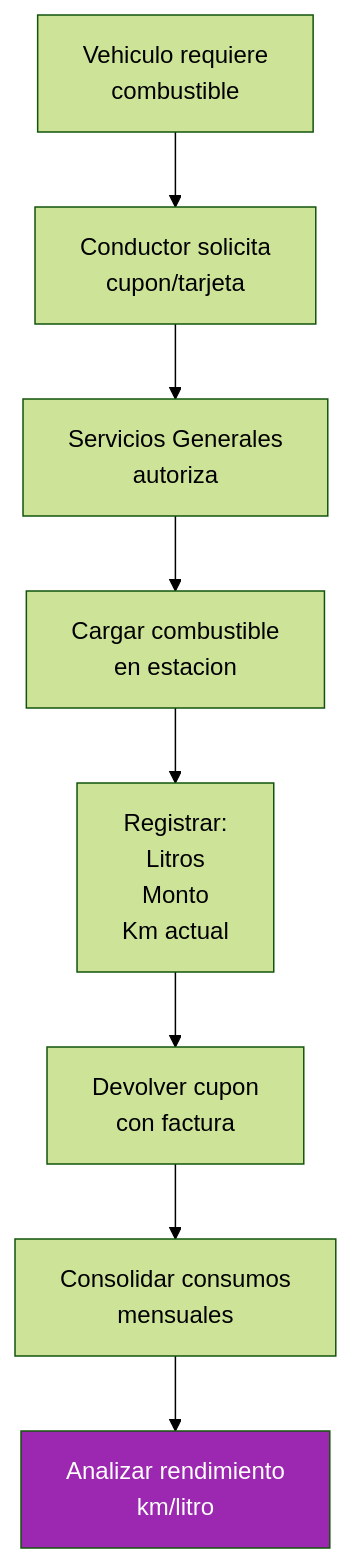
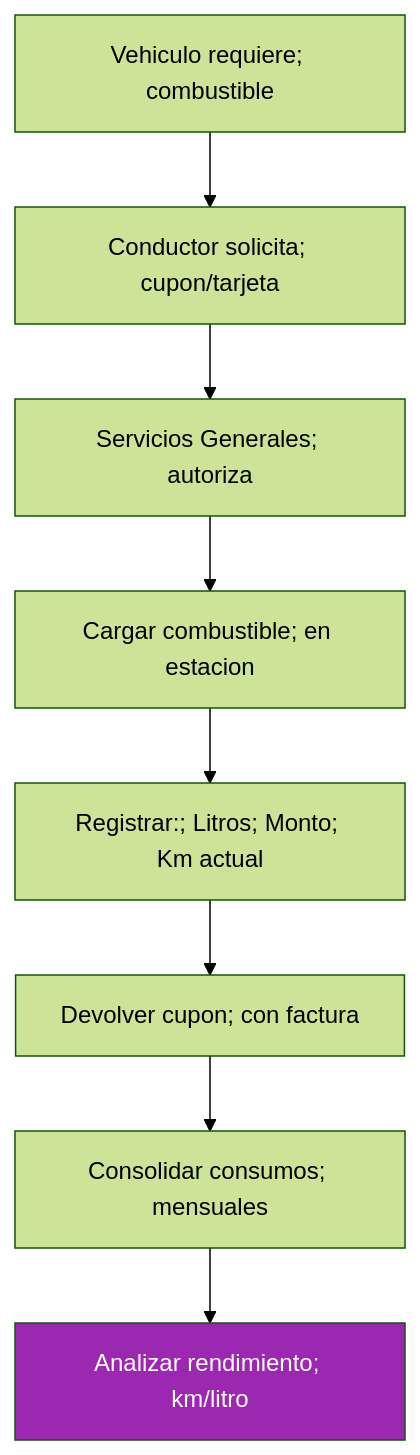
The fifth of 5 diagrams in KNOWLEDGE/gn/kb/manual-flota-servicios-generales.md (felix-antonio-sl/kora), drawn with Mermaid (forest theme) before and after one commit. The commit also changed other lines of this file and 1034 other files, not shown here.

````diff
--- a/KNOWLEDGE/gn/kb/manual-flota-servicios-generales.md
+++ b/KNOWLEDGE/gn/kb/manual-flota-servicios-generales.md
@@ -301,12 +310,12 @@
 ```mermaid
 flowchart TD
-    A["Vehiculo requiere<br/>combustible"] --> B["Conductor solicita<br/>cupon/tarjeta"]
-    B --> C["Servicios Generales<br/>autoriza"]
-    C --> D["Cargar combustible<br/>en estacion"]
-    D --> E["Registrar:<br/>Litros<br/>Monto<br/>Km actual"]
-    E --> F["Devolver cupon<br/>con factura"]
-    F --> G["Consolidar consumos<br/>mensuales"]
-    G --> H["Analizar rendimiento<br/>km/litro"]
+ A["Vehiculo requiere; combustible"] --> B["Conductor solicita; cupon/tarjeta"]
+ B --> C["Servicios Generales; autoriza"]
+ C --> D["Cargar combustible; en estacion"]
+ D --> E["Registrar:; Litros; Monto; Km actual"]
+ E --> F["Devolver cupon; con factura"]
+ F --> G["Consolidar consumos; mensuales"]
+ G --> H["Analizar rendimiento; km/litro"]
 
-    style H fill:#9C27B0,color:#fff
+ style H fill:#9C27B0,color:#fff
 ```
````
